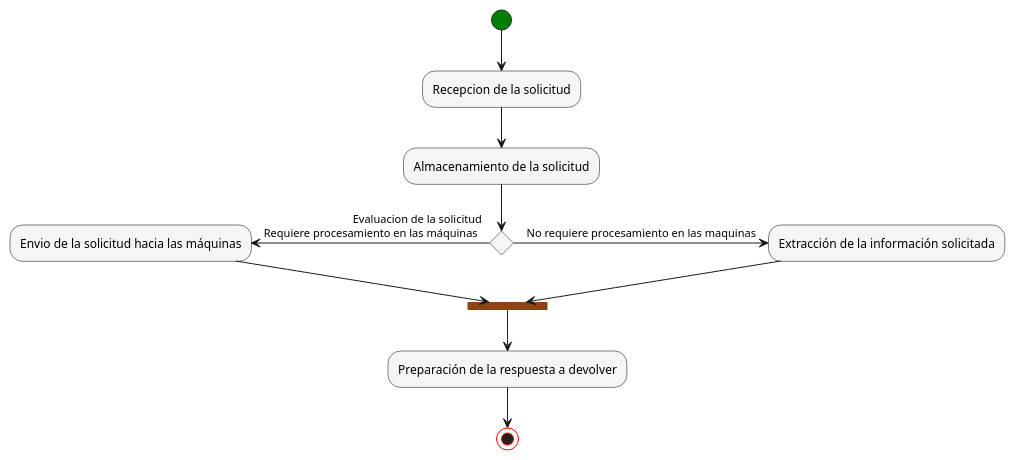
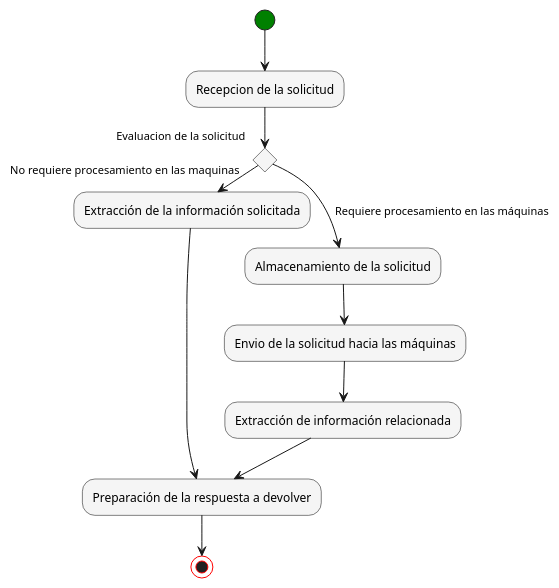
Before and after one commit to Javeriana-CTAI-FESTO/TG: the diagram in Backend/CTAI/Festo/Arquitectura/FuncionamientoGeneral.wsd, drawn with PlantUML. The commit also changed 6 other files, not shown here.

```diff
--- a/Backend/CTAI/Festo/Arquitectura/FuncionamientoGeneral.wsd
+++ b/Backend/CTAI/Festo/Arquitectura/FuncionamientoGeneral.wsd
@@ -1,29 +1,30 @@
 @startuml High Level
 
 skinparam ConditionStyle bold
 skinparam activity {
   StartColor green
   BarColor SaddleBrown
   EndColor red
   BackgroundColor WhiteSmoke
   BorderColor Black
   FontName Arial
 }
 
 (*) --> "Recepcion de la solicitud"
-"Recepcion de la solicitud" --> "Almacenamiento de la solicitud"
 --> if "Evaluacion de la solicitud" then
 
-  -left->[Requiere procesamiento en las máquinas] "Envio de la solicitud hacia las máquinas"
-  --> === RetornoRespuesta ===
+  -down->[Requiere procesamiento en las máquinas] "Almacenamiento de la solicitud" 
+  --> "Envio de la solicitud hacia las máquinas"
+  --> Extracción de información relacionada
+  --> "Preparación de la respuesta a devolver"
 
 else
 
   -right->[No requiere procesamiento en las maquinas] "Extracción de la información solicitada" 
-  --> === RetornoRespuesta ===
+  --> "Preparación de la respuesta a devolver"
 
 endif
 
---> "Preparación de la respuesta a devolver"
+
 --> (*)
 @enduml
```
